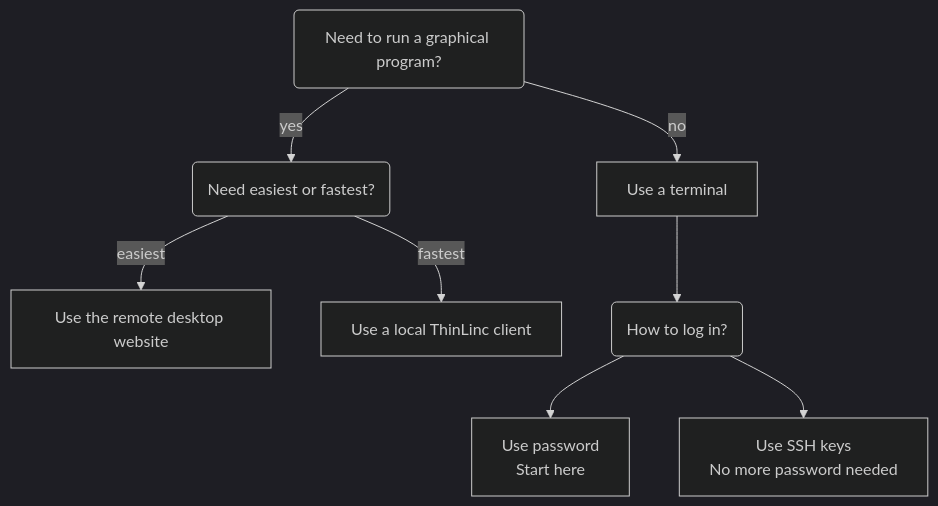
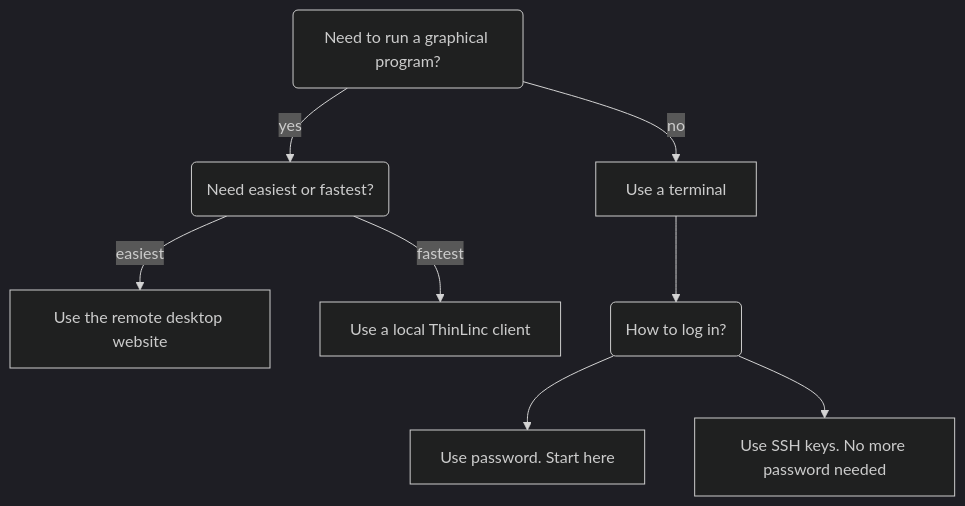
The diagram in docs/getting_started/login_rackham.md (UPPMAX/UPPMAX-documentation), drawn with Mermaid (dark theme) before and after one commit. The commit also changed 6 other files, not shown here.

````diff
--- a/docs/getting_started/login_rackham.md
+++ b/docs/getting_started/login_rackham.md
@@ -31,22 +31,22 @@
 ```mermaid
 flowchart TD
   need_gui(Need to run a graphical program?)
   use_terminal[Use a terminal]
   use_website[Use the remote desktop website]
   need_easy_or_speedy(Need easiest or fastest?)
   use_local[Use a local ThinLinc client]
 
   need_gui --> |no| use_terminal
   need_gui --> |yes| need_easy_or_speedy
   need_easy_or_speedy --> |easiest| use_website
   need_easy_or_speedy --> |fastest| use_local
 
   how_login(How to log in?)
 
-  use_password[Use password\nStart here]
-  use_ssh_keys[Use SSH keys\nNo more password needed]
+  use_password[Use password. Start here]
+  use_ssh_keys[Use SSH keys. No more password needed]
 
   use_terminal --> how_login
   how_login --> use_password
   how_login --> use_ssh_keys
 ```
````
